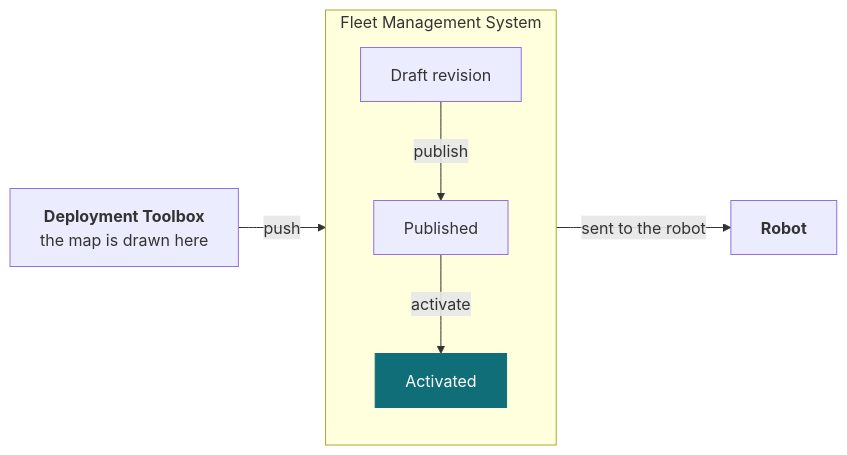
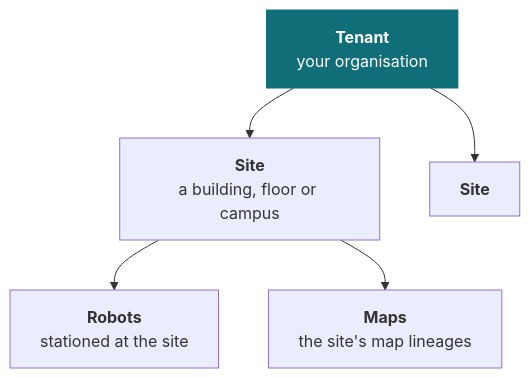
Before and after one commit to westonrobot/docs: the first of 2 diagrams in solution/fleet-management/tenant-management.md, drawn with Mermaid. The commit also changed other lines of this file, not shown here.

````diff
--- a/solution/fleet-management/tenant-management.md
+++ b/solution/fleet-management/tenant-management.md
@@ -21,16 +21,13 @@
 ```mermaid
-flowchart LR
-    TB["<b>Deployment Toolbox</b><br/>the map is drawn here"]
-    subgraph FMS["Fleet Management System"]
-        direction TB
-        DRAFT["Draft revision"]
-        PUB["Published"]
-        ACTIVE["Activated"]
-        DRAFT -->|"publish"| PUB
-        PUB -->|"activate"| ACTIVE
-    end
-    ROBOT["<b>Robot</b>"]
-    TB -->|"push"| DRAFT
-    ACTIVE -->|"sent to the robot"| ROBOT
-    style ACTIVE fill:#0f6e78,stroke:#0f6e78,color:#fff
+flowchart TD
+    T["<b>Tenant</b><br/>your organisation"]
+    S1["<b>Site</b><br/>a building, floor or campus"]
+    S2["<b>Site</b>"]
+    R["<b>Robots</b><br/>stationed at the site"]
+    M["<b>Maps</b><br/>the site's map lineages"]
+    T --> S1
+    T --> S2
+    S1 --> R
+    S1 --> M
+    style T fill:#0f6e78,stroke:#0f6e78,color:#fff
 ```
````
